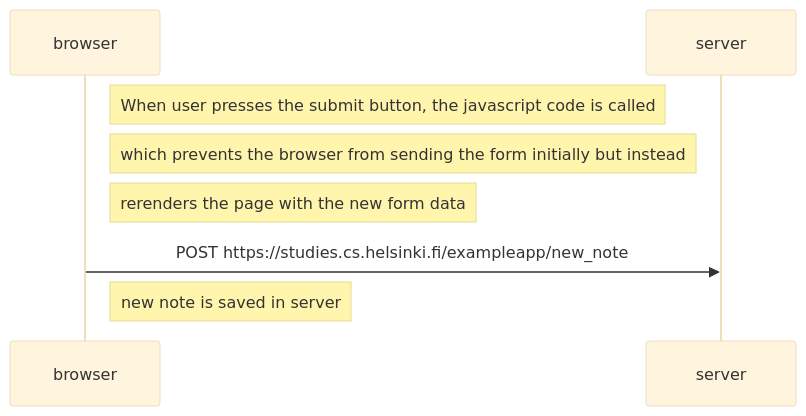
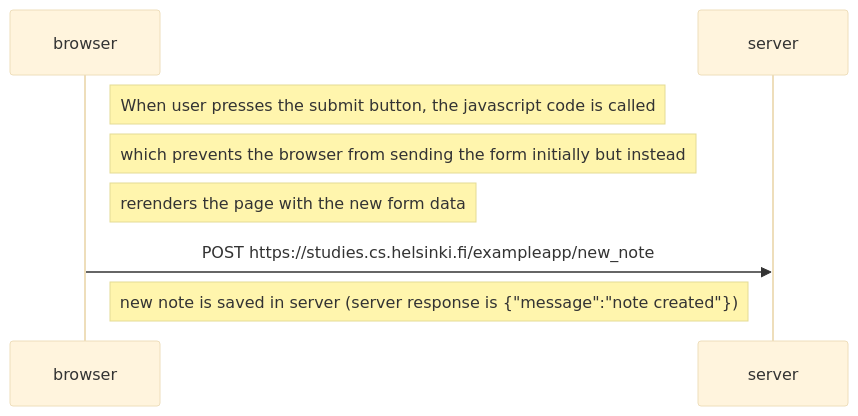
Before and after one commit to JoshuaOlubori/helsinki_full_stack: the diagram in part0/new_note_spa_diagram.md, drawn with Mermaid (base theme).

````diff
--- a/part0/new_note_spa_diagram.md
+++ b/part0/new_note_spa_diagram.md
@@ -1,13 +1,14 @@
 ```mermaid
 sequenceDiagram
     participant browser
     participant server
 
 Note right of browser: When user presses the submit button, the javascript code is called
 Note right of browser: which prevents the browser from sending the form initially but instead 
 Note right of browser: rerenders the page with the new form data
 
     browser->>server: POST https://studies.cs.helsinki.fi/exampleapp/new_note
     activate server
-Note right of browser: new note is saved in server
+Note right of browser: new note is saved in server (server response is {"message":"note created"})
+
 ```
````
